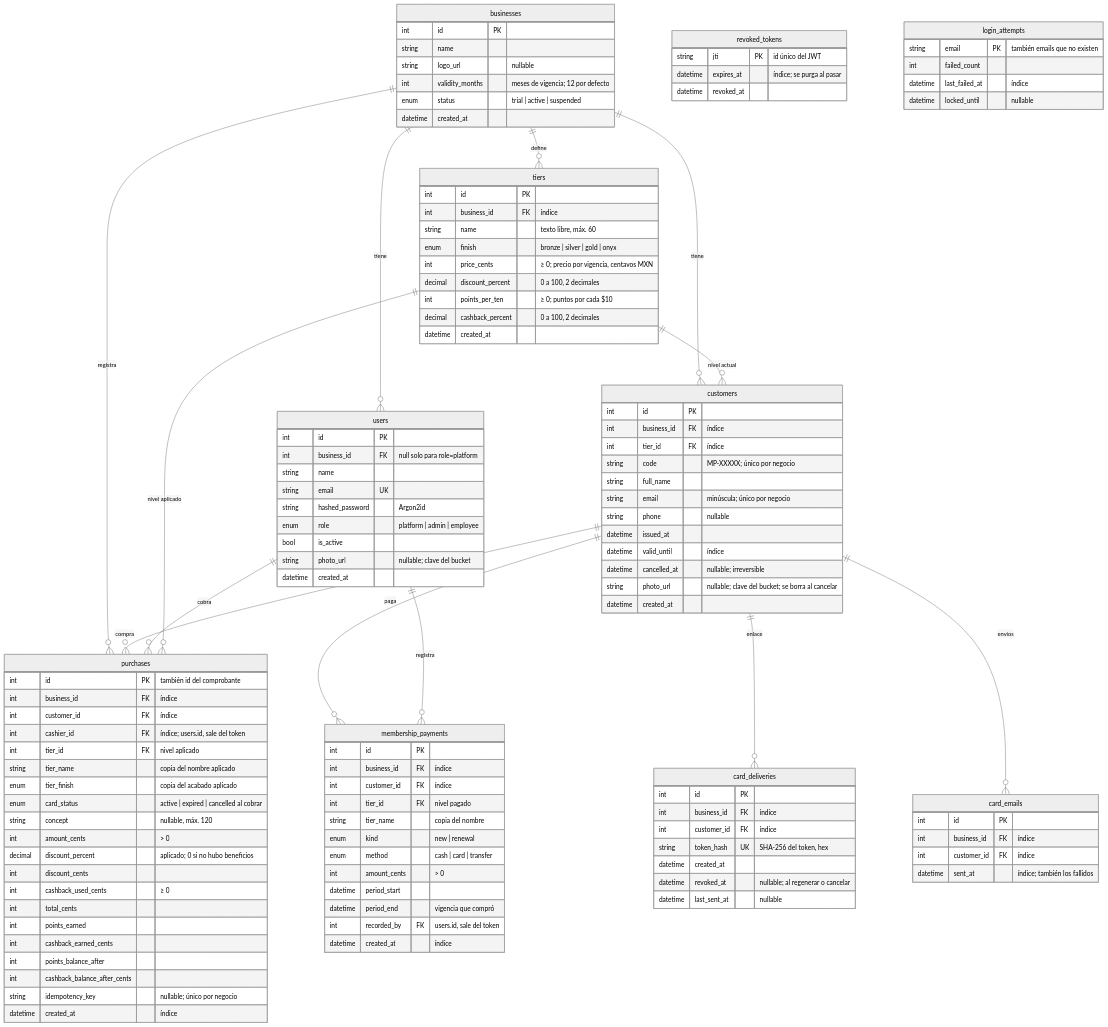
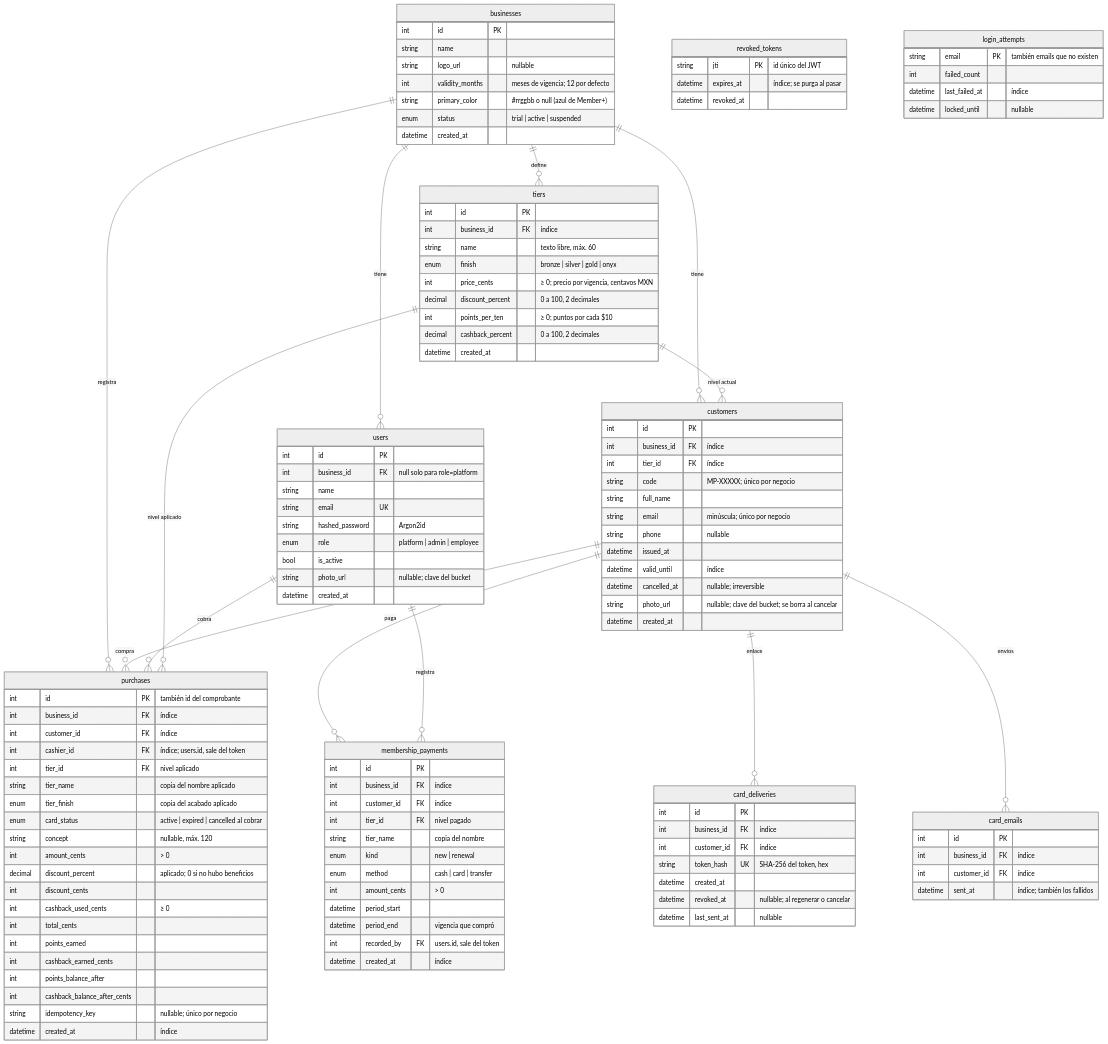
The third of 15 diagrams in docs/ARCHITECTURE.md (AGA-Studio/Member-Web), drawn with Mermaid (neutral theme) before and after one commit. The commit also changed other lines of this file, not shown here.

```diff
--- a/docs/ARCHITECTURE.md
+++ b/docs/ARCHITECTURE.md
@@ -145,6 +146,7 @@
         string name
         string logo_url "nullable"
         int validity_months "meses de vigencia; 12 por defecto"
+        string primary_color "#rrggbb o null (azul de Member+)"
         enum status "trial | active | suspended"
         datetime created_at
     }
```
